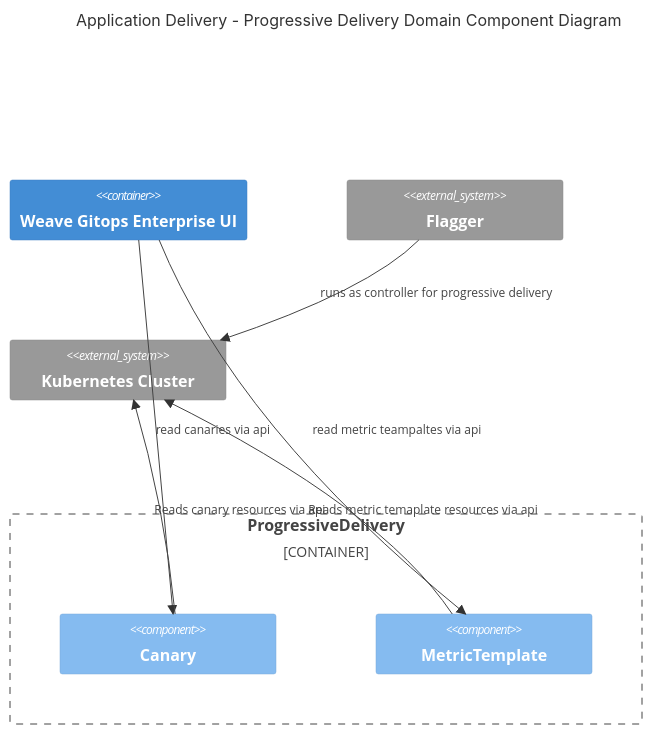
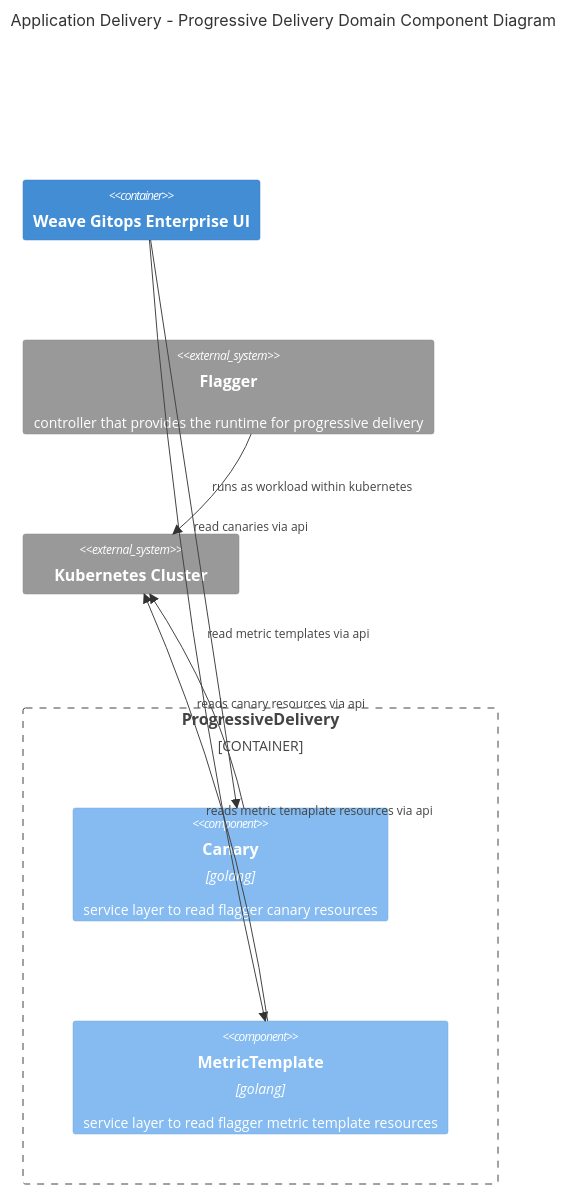
The fifth of 5 diagrams in docs/architecture/application-delivery.md (weaveworks/weave-gitops-enterprise), drawn with Mermaid before and after one commit. The commit also changed other lines of this file, not shown here.

Commit message:
added notes to components diagram

````diff
--- a/docs/architecture/application-delivery.md
+++ b/docs/architecture/application-delivery.md
@@ -141,17 +147,17 @@
 ```mermaid
 C4Component
       title Application Delivery - Progressive Delivery Domain Component Diagram
       Container(weaveGitopsEnterpriseUi, "Weave Gitops Enterprise UI")
       Rel(weaveGitopsEnterpriseUi, Canary, "read canaries via api")
-      Rel(weaveGitopsEnterpriseUi, MetricTemplate, "read metric teampaltes via api")
+      Rel(weaveGitopsEnterpriseUi, MetricTemplate, "read metric templates via api")
       Container_Boundary(ProgressiveDelivery, "ProgressiveDelivery") {
-        Component(Canary, "Canary")
-        Component(MetricTemplate, "MetricTemplate")
-        Rel(Canary, KubernetesCluster, "Reads canary resources via api")
-        Rel(MetricTemplate, KubernetesCluster, "Reads metric temaplate resources via api")      
+        Component(Canary, "Canary", "golang", "service layer to read flagger canary resources")
+        Component(MetricTemplate, "MetricTemplate", "golang", "service layer to read flagger metric template resources")
+        Rel(Canary, KubernetesCluster, "reads canary resources via api")
+        Rel(MetricTemplate, KubernetesCluster, "reads metric temaplate resources via api")      
       }
-      System_Ext(Flagger, "Flagger")
+      System_Ext(Flagger, "Flagger","controller that provides the runtime for progressive delivery")
       System_Ext(KubernetesCluster, "Kubernetes Cluster")   
-      Rel(Flagger, KubernetesCluster, "runs as controller for progressive delivery")      
-      UpdateLayoutConfig($c4ShapeInRow="2", $c4BoundaryInRow="3")           
+      Rel(Flagger, KubernetesCluster, "runs as workload within kubernetes")      
+      UpdateLayoutConfig($c4ShapeInRow="2", $c4BoundaryInRow="3")          
 ```
````
